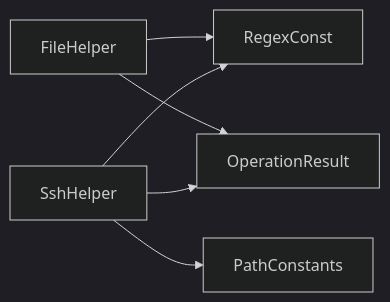
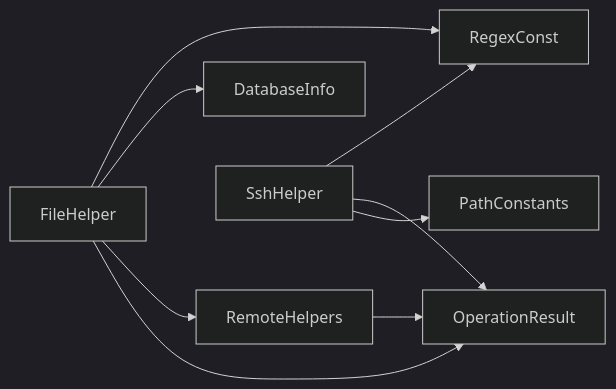
The tenth of 10 diagrams in .qoder/repowiki/zh/content/工具库详解/文件操作工具.md (Sosososolong/AirGo), drawn with Mermaid (dark theme) before and after one commit. The commit also changed other lines of this file and 3 other files, not shown here.

````diff
--- a/.qoder/repowiki/zh/content/工具库详解/文件操作工具.md
+++ b/.qoder/repowiki/zh/content/工具库详解/文件操作工具.md
@@ -357,8 +426,11 @@
 ```mermaid
 graph LR
 FH["FileHelper"] --> RC["RegexConst"]
+FH --> DBI["DatabaseInfo"]
+FH --> RH["RemoteHelpers"]
 FH --> OR["OperationResult"]
 SH["SshHelper"] --> RC
 SH --> OR
 SH --> PC["PathConstants"]
+RH --> OR
 ```
````
